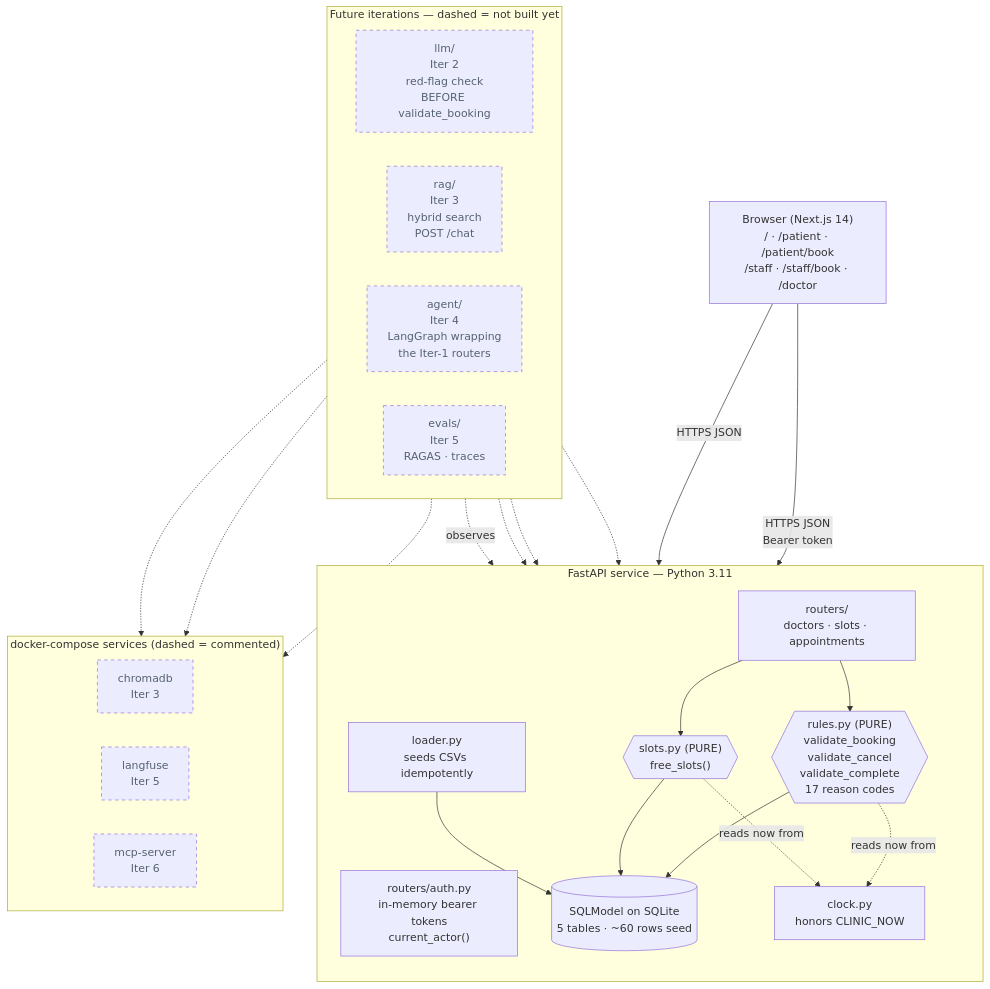
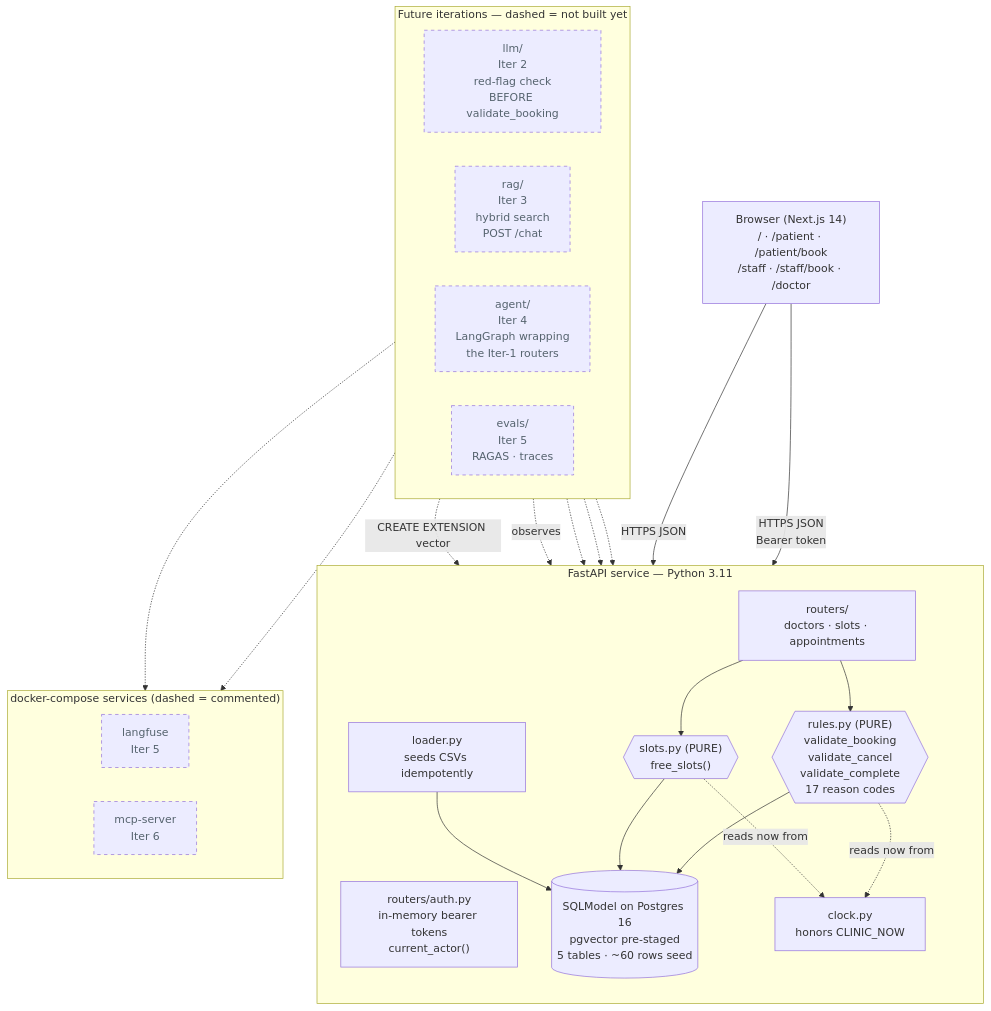
Before and after one commit to aryashreep/netracare: the second of 7 diagrams in README.md, drawn with Mermaid. The commit also changed other lines of this file and 10 other files, not shown here.

````diff
--- a/README.md
+++ b/README.md
@@ -59,50 +59,49 @@
 ```mermaid
 flowchart TB
     Browser["Browser (Next.js 14)<br/>/ · /patient · /patient/book<br/>/staff · /staff/book · /doctor"]
 
     subgraph FastAPI["FastAPI service — Python 3.11"]
         direction TB
         Auth["routers/auth.py<br/>in-memory bearer tokens<br/>current_actor()"]
         Routers["routers/<br/>doctors · slots · appointments"]
         Rules{{"rules.py (PURE)<br/>validate_booking<br/>validate_cancel<br/>validate_complete<br/>17 reason codes"}}
         Slots{{"slots.py (PURE)<br/>free_slots()"}}
         Clock["clock.py<br/>honors CLINIC_NOW"]
         Loader["loader.py<br/>seeds CSVs idempotently"]
-        DB[("SQLModel on SQLite<br/>5 tables · ~60 rows seed")]
+        DB[("SQLModel on Postgres 16<br/>pgvector pre-staged<br/>5 tables · ~60 rows seed")]
     end
 
     Browser -->|HTTPS JSON<br/>Bearer token| Auth
     Browser -->|HTTPS JSON| Routers
     Routers --> Rules
     Routers --> Slots
     Rules --> DB
     Slots --> DB
     Loader --> DB
     Rules -.reads now from.-> Clock
     Slots -.reads now from.-> Clock
 
     subgraph Future["Future iterations — dashed = not built yet"]
         direction LR
         LLM["llm/<br/>Iter 2<br/>red-flag check<br/>BEFORE validate_booking"]
         RAG["rag/<br/>Iter 3<br/>hybrid search<br/>POST /chat"]
         Agent["agent/<br/>Iter 4<br/>LangGraph wrapping<br/>the Iter-1 routers"]
         Evals["evals/<br/>Iter 5<br/>RAGAS · traces"]
     end
     LLM -.-> Routers
     RAG -.-> Routers
     Agent -.-> Routers
     Evals -.observes.-> Routers
 
     subgraph Compose["docker-compose services (dashed = commented)"]
         direction LR
-        Chroma["chromadb<br/>Iter 3"]
         Lang["langfuse<br/>Iter 5"]
         MCP["mcp-server<br/>Iter 6"]
     end
-    RAG -.-> Chroma
+    RAG -.CREATE EXTENSION vector.-> DB
     Evals -.-> Lang
     Agent -.-> MCP
 
     classDef future stroke-dasharray:5 5,color:#55636e;
-    class LLM,RAG,Agent,Evals,Chroma,Lang,MCP future;
+    class LLM,RAG,Agent,Evals,Lang,MCP future;
 ```
````
